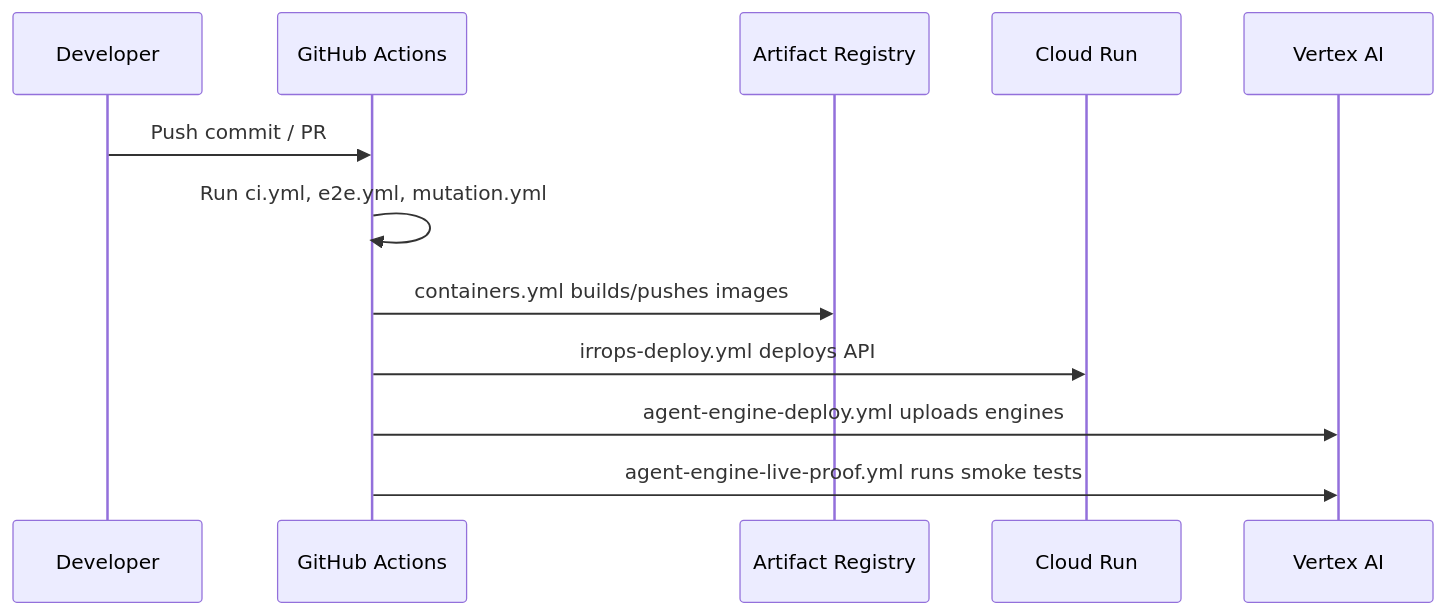
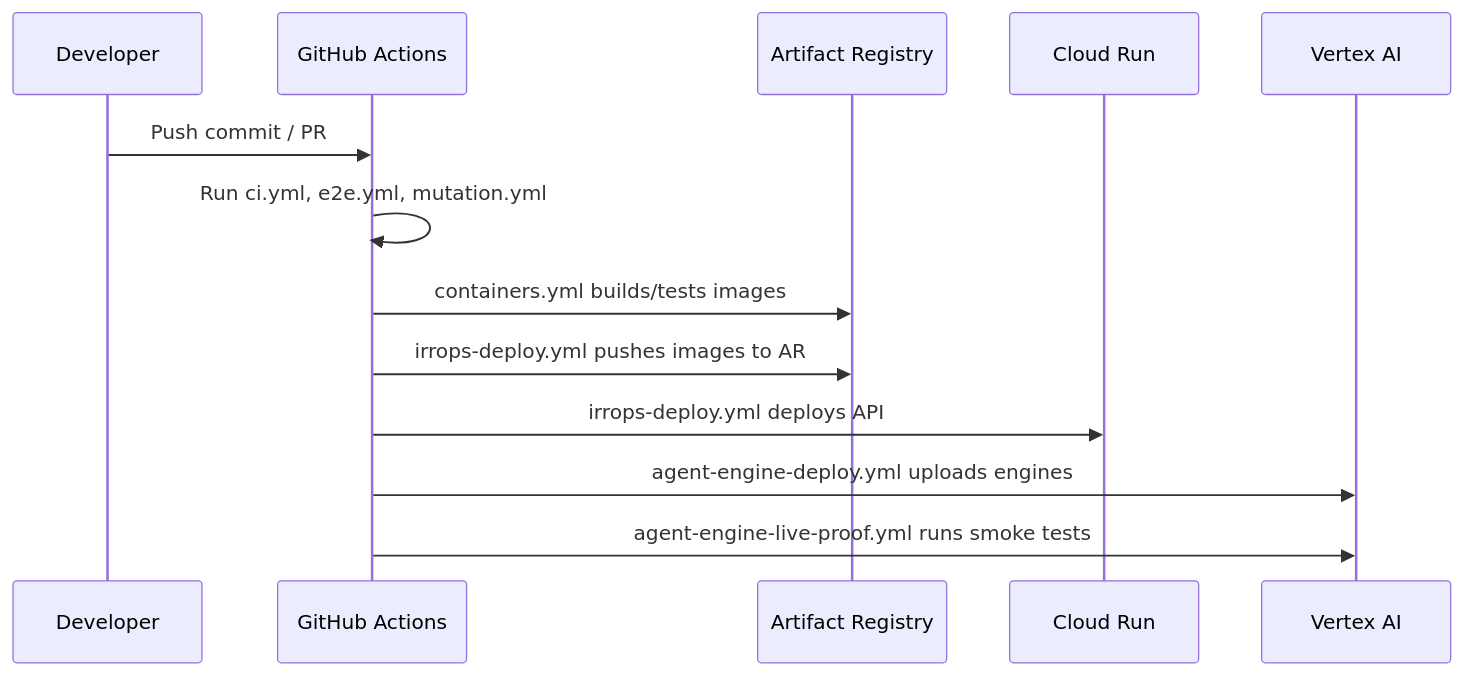
One commit to duboc/acme-airlines changed the third of 3 diagrams in docs/product/architecture.md. Above: the diagram before and after it, drawn with Mermaid. The commit also changed other lines of this file, not shown here.

````diff
--- a/docs/product/architecture.md
+++ b/docs/product/architecture.md
@@ -179,15 +189,16 @@
 ```mermaid
 sequenceDiagram
     participant Dev as Developer
     participant GH as GitHub Actions
     participant AR as Artifact Registry
     participant CR as Cloud Run
     participant Vertex as Vertex AI
     
     Dev->>GH: Push commit / PR
     GH->>GH: Run ci.yml, e2e.yml, mutation.yml
-    GH->>AR: containers.yml builds/pushes images
+    GH->>AR: containers.yml builds/tests images
+    GH->>AR: irrops-deploy.yml pushes images to AR
     GH->>CR: irrops-deploy.yml deploys API
     GH->>Vertex: agent-engine-deploy.yml uploads engines
     GH->>Vertex: agent-engine-live-proof.yml runs smoke tests
 ```
````
